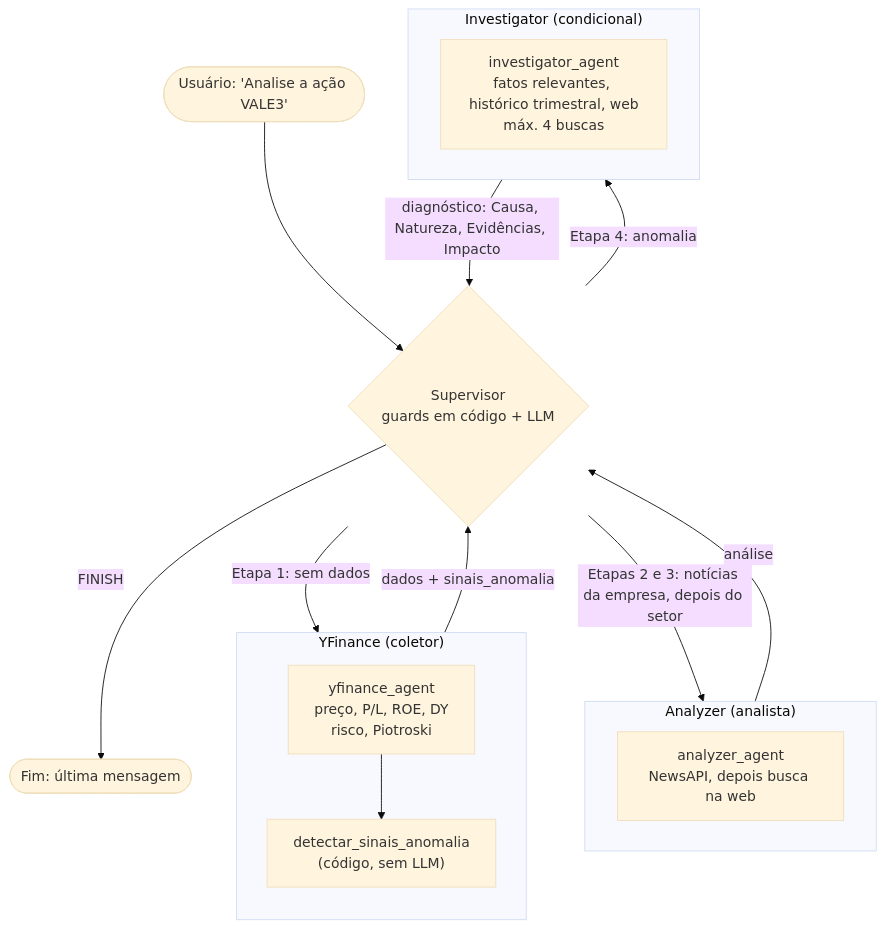
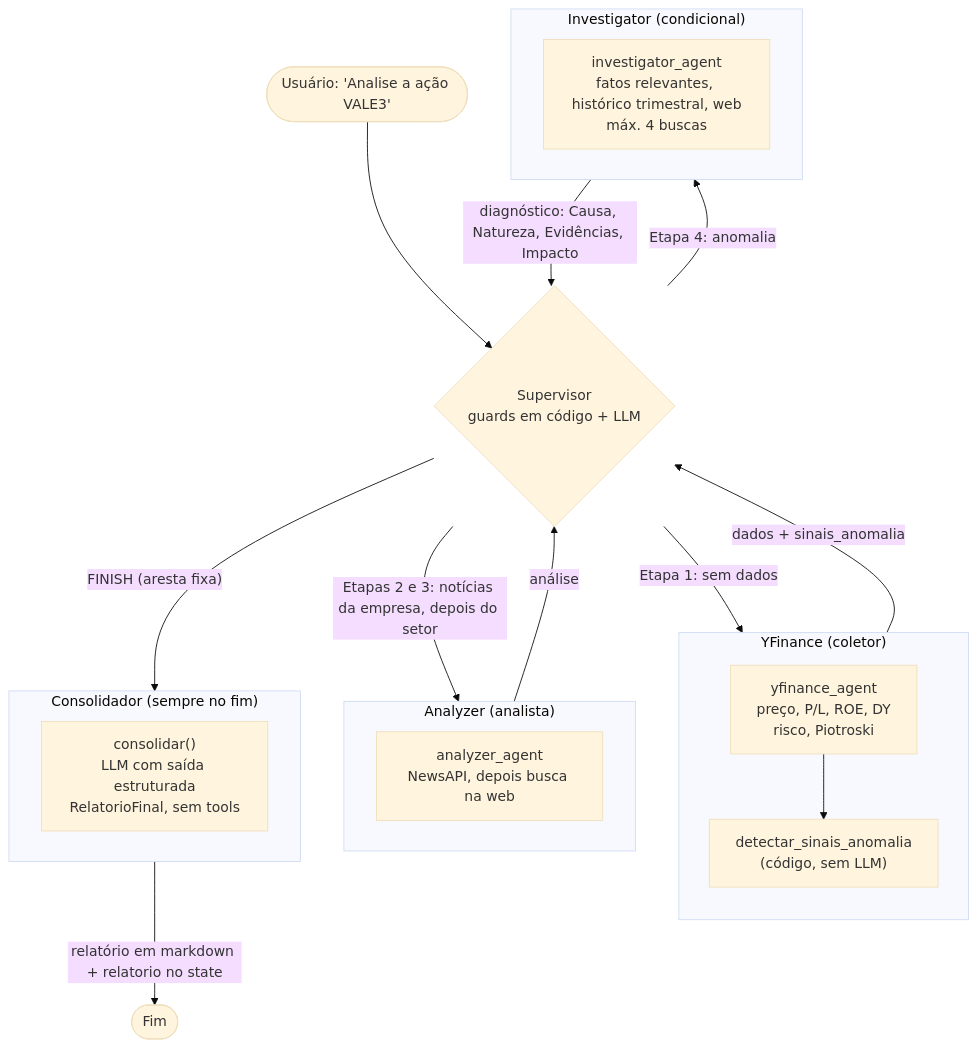
One commit to igorc22/pipeline-inteligencia-financeira-b3 changed the first of 5 diagrams in docs/arquitetura.md. Above: the diagram before and after it, drawn with Mermaid (base theme). The commit also changed other lines of this file and 4 other files, not shown here.

Commit message:
feat: consolidador fixo depois do FINISH, inclusive no hard stop

````diff
--- a/docs/arquitetura.md
+++ b/docs/arquitetura.md
@@ -13,30 +13,36 @@
 ```mermaid
 flowchart TD
     U(["Usuário: 'Analise a ação VALE3'"]) --> S
 
     S{"Supervisor<br/>guards em código + LLM"}
 
     S -->|"Etapa 1: sem dados"| Y
     S -->|"Etapas 2 e 3: notícias da empresa, depois do setor"| A
     S -->|"Etapa 4: anomalia"| I
-    S -->|"FINISH"| F(["Fim: última mensagem"])
+    S -->|"FINISH (aresta fixa)"| C
 
     subgraph Y["YFinance (coletor)"]
         direction TB
         Y1["yfinance_agent<br/>preço, P/L, ROE, DY<br/>risco, Piotroski"]
         Y2["detectar_sinais_anomalia<br/>(código, sem LLM)"]
         Y1 --> Y2
     end
 
     subgraph A["Analyzer (analista)"]
         A1["analyzer_agent<br/>NewsAPI, depois busca na web"]
     end
 
     subgraph I["Investigator (condicional)"]
         I1["investigator_agent<br/>fatos relevantes, histórico trimestral, web<br/>máx. 4 buscas"]
     end
 
+    subgraph C["Consolidador (sempre no fim)"]
+        C1["consolidar()<br/>LLM com saída estruturada<br/>RelatorioFinal, sem tools"]
+    end
+
+    C -->|"relatório em markdown + relatorio no state"| F(["Fim"])
+
     Y -->|"dados + sinais_anomalia"| S
     A -->|"análise"| S
     I -->|"diagnóstico: Causa, Natureza, Evidências, Impacto"| S
 ```
````
